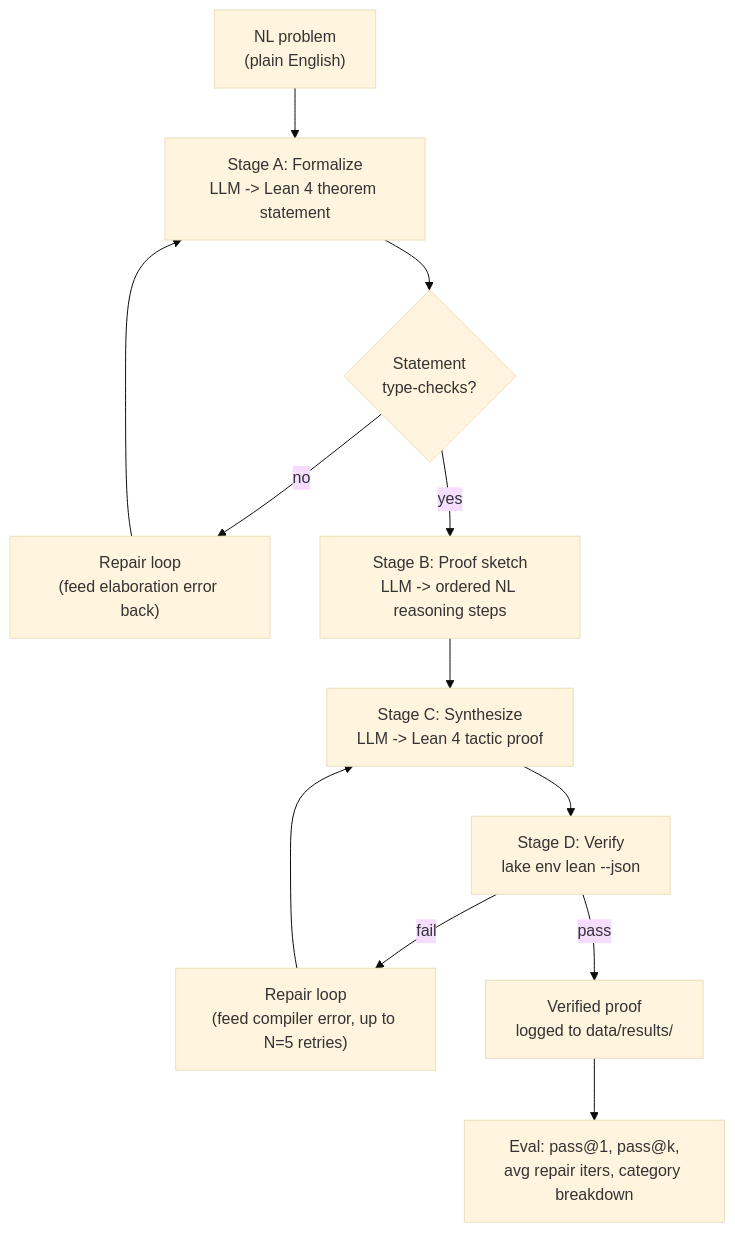
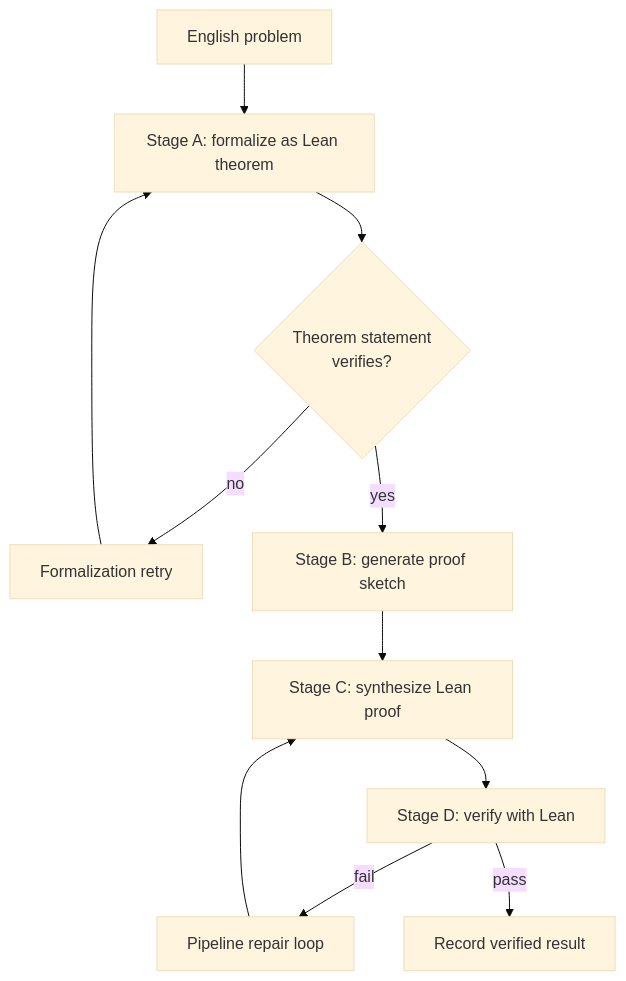
The diagram in README.md (sadiapeerzada/NLP-to-Formal-Language-Proof), drawn with Mermaid (base theme) before and after one commit. The commit also changed other lines of this file, not shown here.

````diff
--- a/README.md
+++ b/README.md
@@ -35,14 +40,13 @@
 ```mermaid
 flowchart TD
-    A["NL problem\n(plain English)"] --> B["Stage A: Formalize\nLLM -> Lean 4 theorem statement"]
-    B --> C{Statement\ntype-checks?}
-    C -- no --> B2["Repair loop\n(feed elaboration error back)"]
+    A["English problem"] --> B["Stage A: formalize as Lean theorem"]
+    B --> C{"Theorem statement\nverifies?"}
+    C -- no --> B2["Formalization retry"]
     B2 --> B
-    C -- yes --> D["Stage B: Proof sketch\nLLM -> ordered NL reasoning steps"]
-    D --> E["Stage C: Synthesize\nLLM -> Lean 4 tactic proof"]
-    E --> F["Stage D: Verify\nlake env lean --json"]
-    F -- fail --> G["Repair loop\n(feed compiler error, up to N=5 retries)"]
+    C -- yes --> D["Stage B: generate proof sketch"]
+    D --> E["Stage C: synthesize Lean proof"]
+    E --> F["Stage D: verify with Lean"]
+    F -- fail --> G["Pipeline repair loop"]
     G --> E
-    F -- pass --> H["Verified proof\nlogged to data/results/"]
-    H --> I["Eval: pass@1, pass@k,\navg repair iters, category breakdown"]
+    F -- pass --> H["Record verified result"]
 ```
````
